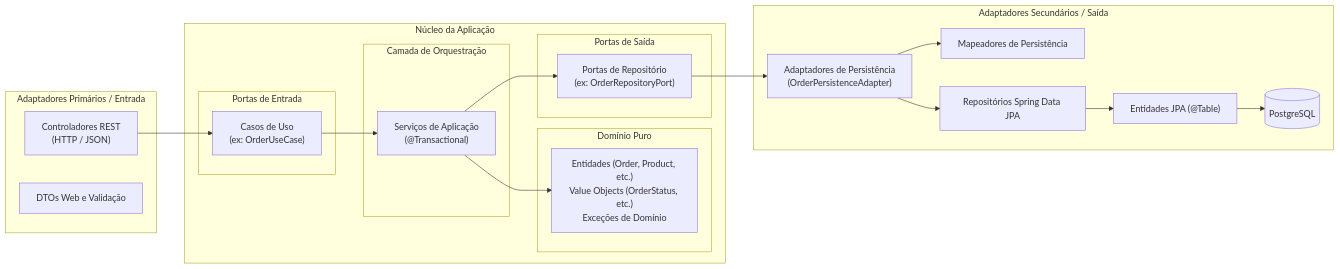
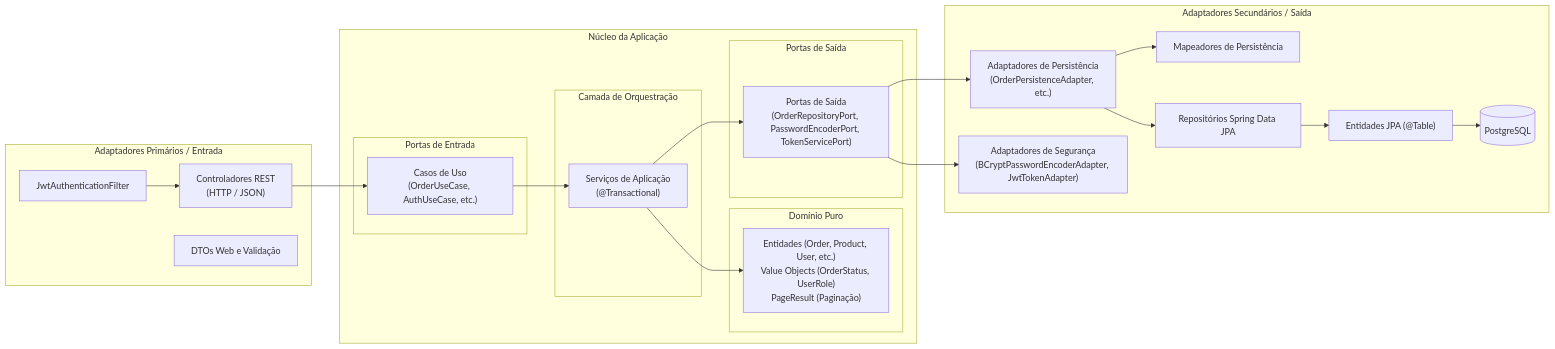
One commit to IvoBruno/e-commerce changed the second of 2 diagrams in README.md. Above: the diagram before and after it, drawn with Mermaid. The commit also changed other lines of this file and 31 other files, not shown here.

First line of the commit message:
feat: Implement authentication and user management features

````diff
--- a/README.md
+++ b/README.md
@@ -269,43 +360,47 @@
 ```mermaid
 graph LR
     subgraph Adaptadores de Entrada [Adaptadores Primários / Entrada]
         REST["Controladores REST<br/>(HTTP / JSON)"]
         DTO["DTOs Web e Validação"]
+        JWTFilter["JwtAuthenticationFilter"]
     end
 
     subgraph Nucleo Hexagonal [Núcleo da Aplicação]
         subgraph Portas Entrada [Portas de Entrada]
-            UseCases["Casos de Uso<br/>(ex: OrderUseCase)"]
+            UseCases["Casos de Uso<br/>(OrderUseCase, AuthUseCase, etc.)"]
         end
 
         subgraph Servicos Aplicacao [Camada de Orquestração]
             AppServices["Serviços de Aplicação<br/>(@Transactional)"]
         end
 
         subgraph Dominio Puro [Domínio Puro]
-            DomainModel["Entidades (Order, Product, etc.)<br/>Value Objects (OrderStatus, etc.)<br/>Exceções de Domínio"]
+            DomainModel["Entidades (Order, Product, User, etc.)<br/>Value Objects (OrderStatus, UserRole)<br/>PageResult (Paginação)"]
         end
 
         subgraph Portas Saida [Portas de Saída]
-            RepoPorts["Portas de Repositório<br/>(ex: OrderRepositoryPort)"]
+            RepoPorts["Portas de Saída<br/>(OrderRepositoryPort, PasswordEncoderPort, TokenServicePort)"]
         end
     end
 
     subgraph Adaptadores de Saida [Adaptadores Secundários / Saída]
-        PersistenceAdapter["Adaptadores de Persistência<br/>(OrderPersistenceAdapter)"]
+        PersistenceAdapter["Adaptadores de Persistência<br/>(OrderPersistenceAdapter, etc.)"]
+        SecurityAdapters["Adaptadores de Segurança<br/>(BCryptPasswordEncoderAdapter, JwtTokenAdapter)"]
         Mapper["Mapeadores de Persistência"]
         SpringData["Repositórios Spring Data JPA"]
         JPA["Entidades JPA (@Table)"]
         DB[(PostgreSQL)]
     end
 
     REST --> UseCases
+    JWTFilter --> REST
     UseCases --> AppServices
     AppServices --> DomainModel
     AppServices --> RepoPorts
     RepoPorts --> PersistenceAdapter
+    RepoPorts --> SecurityAdapters
     PersistenceAdapter --> Mapper
     PersistenceAdapter --> SpringData
     SpringData --> JPA
     JPA --> DB
 ```
````
